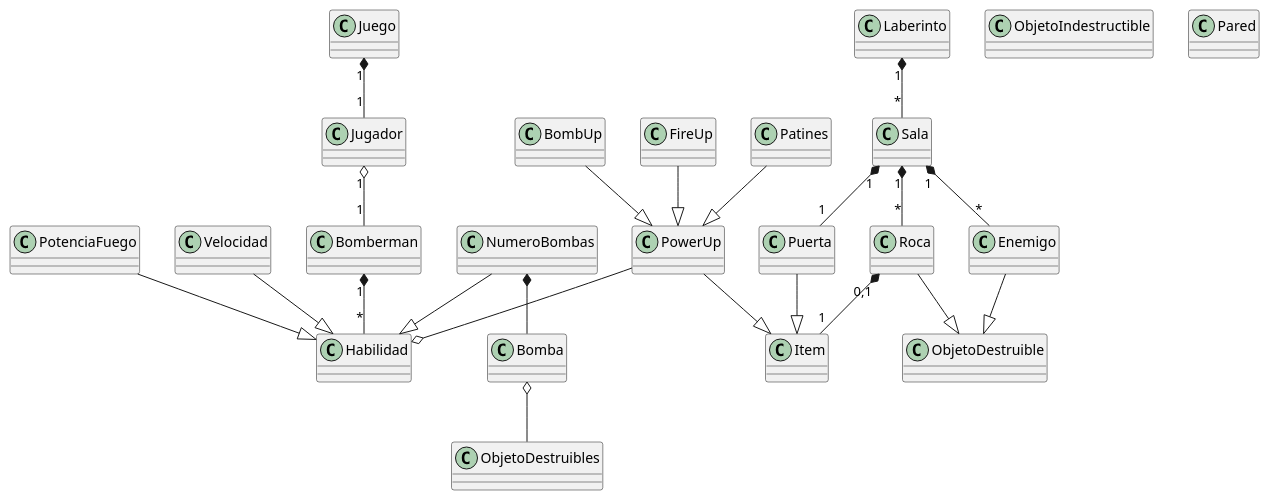
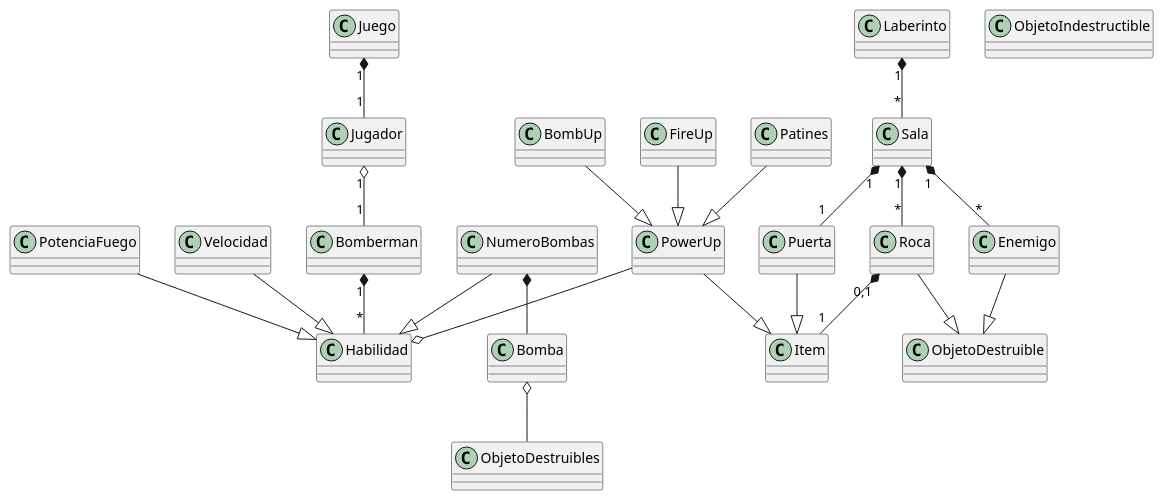
One commit to JesusSebastianNavarro/bomberman changed the diagram in docs/bomberman.puml. Above: the diagram before and after it, drawn with PlantUML. The commit also changed 4 other files, not shown here.

```diff
--- a/docs/bomberman.puml
+++ b/docs/bomberman.puml
@@ -1,56 +1,55 @@
 @startuml Bomberman
 
 class Juego
 class Jugador
 
 class Habilidad
 class PotenciaFuego
 class Velocidad
 class NumeroBombas
 class Bomberman
 class Enemigo
 
 class Sala
 class Laberinto
 class Puerta
 class Roca
 class ObjetoDestruible
 class ObjetoIndestructible
-class Pared
 
 Laberinto "1" *-- "*" Sala 
 Sala "1" *-- "1" Puerta
 Sala "1" *-- "*" Roca
 Sala "1" *-- "*" Enemigo
 Roca "0,1" *-- "1" Item
 Puerta --|> Item
 PowerUp --|> Item
 Roca --|> ObjetoDestruible
 Enemigo --|> ObjetoDestruible
 Bomba o-- ObjetoDestruibles
 
 class Item 
 class Bomba
 class PowerUp
 class BombUp
 class FireUp
 class Patines
 
 Juego "1" *-- "1" Jugador
 Jugador "1" o-- "1" Bomberman
 Bomberman "1" *-- "*" Habilidad
 
 BombUp --|> PowerUp 
 FireUp --|> PowerUp
 Patines --|> PowerUp 
 
 PotenciaFuego --|> Habilidad
 Velocidad --|> Habilidad
 NumeroBombas --|> Habilidad
 
 PowerUp --o Habilidad 
 
 NumeroBombas *-- Bomba
 
 
 @enduml
```
